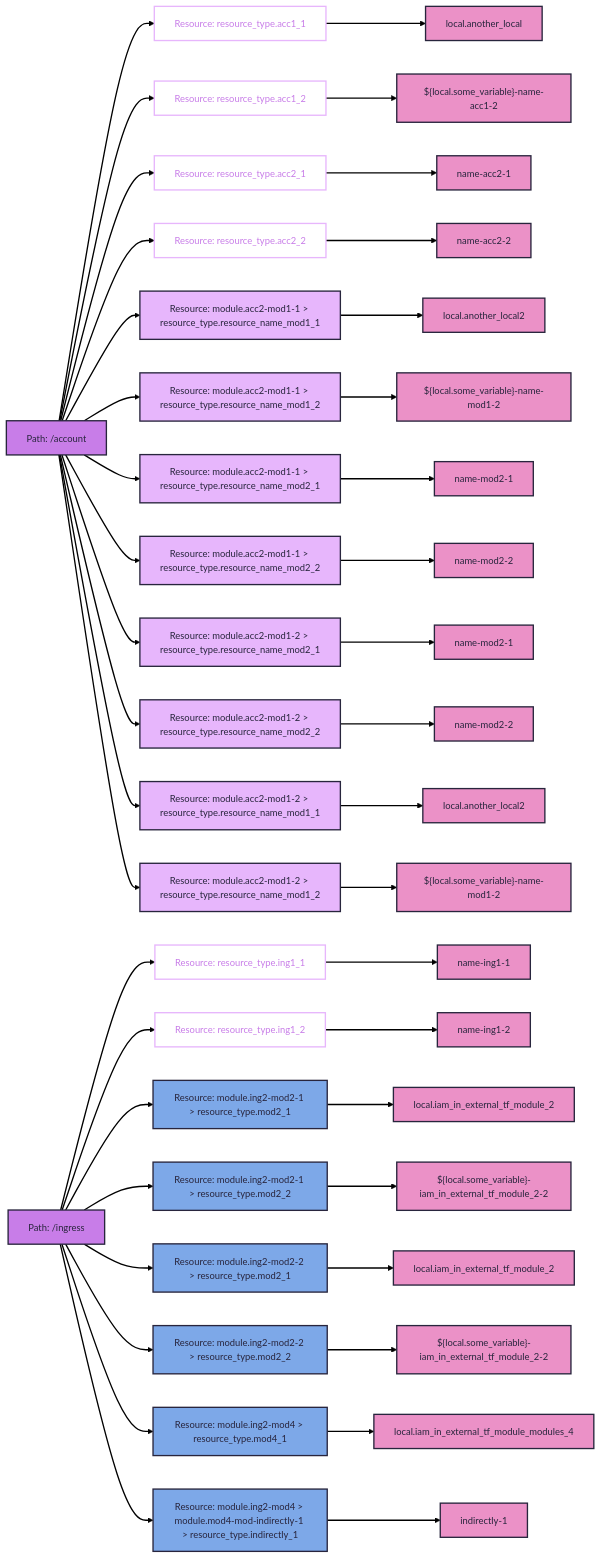
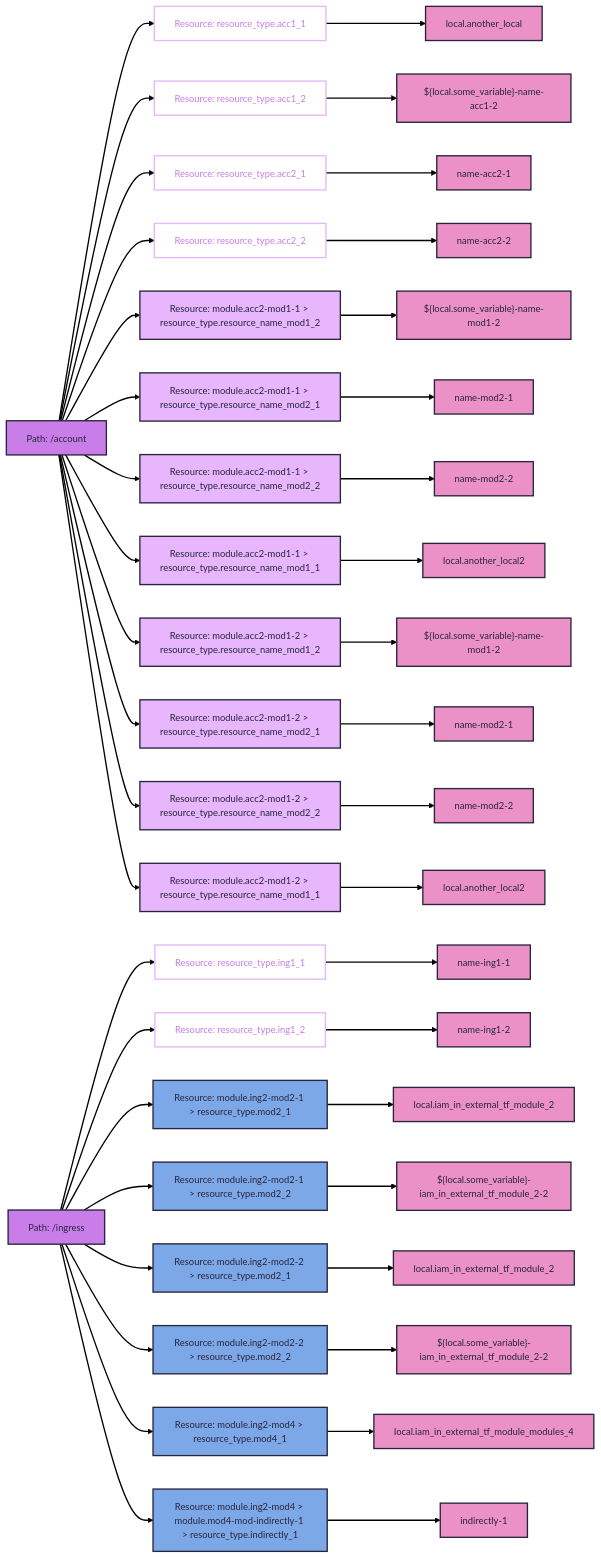
One commit to keenbytes/tfsketch changed the diagram in output.mmd. Above: the diagram before and after it, drawn with Mermaid. The commit also changed 1 other file, not shown here.

Commit message:
Add parent ID to the module resource name id element

```diff
--- a/output.mmd
+++ b/output.mmd
@@ -1,30 +1,30 @@
 ---
 config:
   theme: redux
 ---
 flowchart LR
   classDef tf-path fill:#c87de8
   classDef tf-resource-name stroke:#e7b6fc,color:#c87de8
   classDef tf-resource-name-int-mod fill:#e7b6fc
   classDef tf-resource-name-ext-mod fill:#7da8e8
   classDef tf-resource-field-name fill:#eb91c7
   account["Path: /account"]:::tf-path --> account___acc11["Resource: resource_type.acc1_1"]:::tf-resource-name --> account___acc11___FieldName["local.another_local"]:::tf-resource-field-name
   account["Path: /account"]:::tf-path --> account___acc12["Resource: resource_type.acc1_2"]:::tf-resource-name --> account___acc12___FieldName["${local.some_variable}-name-acc1-2"]:::tf-resource-field-name
   account["Path: /account"]:::tf-path --> account___acc21["Resource: resource_type.acc2_1"]:::tf-resource-name --> account___acc21___FieldName["name-acc2-1"]:::tf-resource-field-name
   account["Path: /account"]:::tf-path --> account___acc22["Resource: resource_type.acc2_2"]:::tf-resource-name --> account___acc22___FieldName["name-acc2-2"]:::tf-resource-field-name
-  account["Path: /account"]:::tf-path --> account___mod___accountmodulesmodule1___acc2mod11___resourcenamemod11["Resource: module.acc2-mod1-1 > resource_type.resource_name_mod1_1"]:::tf-resource-name-int-mod --> account___mod___accountmodulesmodule1___acc2mod11___resourcenamemod11___FieldName["local.another_local2"]:::tf-resource-field-name
   account["Path: /account"]:::tf-path --> account___mod___accountmodulesmodule1___acc2mod11___resourcenamemod12["Resource: module.acc2-mod1-1 > resource_type.resource_name_mod1_2"]:::tf-resource-name-int-mod --> account___mod___accountmodulesmodule1___acc2mod11___resourcenamemod12___FieldName["${local.some_variable}-name-mod1-2"]:::tf-resource-field-name
   account["Path: /account"]:::tf-path --> account___mod___accountmodulesmodule1___acc2mod11___resourcenamemod21["Resource: module.acc2-mod1-1 > resource_type.resource_name_mod2_1"]:::tf-resource-name-int-mod --> account___mod___accountmodulesmodule1___acc2mod11___resourcenamemod21___FieldName["name-mod2-1"]:::tf-resource-field-name
   account["Path: /account"]:::tf-path --> account___mod___accountmodulesmodule1___acc2mod11___resourcenamemod22["Resource: module.acc2-mod1-1 > resource_type.resource_name_mod2_2"]:::tf-resource-name-int-mod --> account___mod___accountmodulesmodule1___acc2mod11___resourcenamemod22___FieldName["name-mod2-2"]:::tf-resource-field-name
+  account["Path: /account"]:::tf-path --> account___mod___accountmodulesmodule1___acc2mod11___resourcenamemod11["Resource: module.acc2-mod1-1 > resource_type.resource_name_mod1_1"]:::tf-resource-name-int-mod --> account___mod___accountmodulesmodule1___acc2mod11___resourcenamemod11___FieldName["local.another_local2"]:::tf-resource-field-name
+  account["Path: /account"]:::tf-path --> account___mod___accountmodulesmodule1___acc2mod12___resourcenamemod12["Resource: module.acc2-mod1-2 > resource_type.resource_name_mod1_2"]:::tf-resource-name-int-mod --> account___mod___accountmodulesmodule1___acc2mod12___resourcenamemod12___FieldName["${local.some_variable}-name-mod1-2"]:::tf-resource-field-name
   account["Path: /account"]:::tf-path --> account___mod___accountmodulesmodule1___acc2mod12___resourcenamemod21["Resource: module.acc2-mod1-2 > resource_type.resource_name_mod2_1"]:::tf-resource-name-int-mod --> account___mod___accountmodulesmodule1___acc2mod12___resourcenamemod21___FieldName["name-mod2-1"]:::tf-resource-field-name
   account["Path: /account"]:::tf-path --> account___mod___accountmodulesmodule1___acc2mod12___resourcenamemod22["Resource: module.acc2-mod1-2 > resource_type.resource_name_mod2_2"]:::tf-resource-name-int-mod --> account___mod___accountmodulesmodule1___acc2mod12___resourcenamemod22___FieldName["name-mod2-2"]:::tf-resource-field-name
   account["Path: /account"]:::tf-path --> account___mod___accountmodulesmodule1___acc2mod12___resourcenamemod11["Resource: module.acc2-mod1-2 > resource_type.resource_name_mod1_1"]:::tf-resource-name-int-mod --> account___mod___accountmodulesmodule1___acc2mod12___resourcenamemod11___FieldName["local.another_local2"]:::tf-resource-field-name
-  account["Path: /account"]:::tf-path --> account___mod___accountmodulesmodule1___acc2mod12___resourcenamemod12["Resource: module.acc2-mod1-2 > resource_type.resource_name_mod1_2"]:::tf-resource-name-int-mod --> account___mod___accountmodulesmodule1___acc2mod12___resourcenamemod12___FieldName["${local.some_variable}-name-mod1-2"]:::tf-resource-field-name
   ingress["Path: /ingress"]:::tf-path --> ingress___ing11["Resource: resource_type.ing1_1"]:::tf-resource-name --> ingress___ing11___FieldName["name-ing1-1"]:::tf-resource-field-name
   ingress["Path: /ingress"]:::tf-path --> ingress___ing12["Resource: resource_type.ing1_2"]:::tf-resource-name --> ingress___ing12___FieldName["name-ing1-2"]:::tf-resource-field-name
   ingress["Path: /ingress"]:::tf-path --> ingress___mod___root___ing2mod21___mod21["Resource: module.ing2-mod2-1 > resource_type.mod2_1"]:::tf-resource-name-ext-mod --> ingress___mod___root___ing2mod21___mod21___FieldName["local.iam_in_external_tf_module_2"]:::tf-resource-field-name
   ingress["Path: /ingress"]:::tf-path --> ingress___mod___root___ing2mod21___mod22["Resource: module.ing2-mod2-1 > resource_type.mod2_2"]:::tf-resource-name-ext-mod --> ingress___mod___root___ing2mod21___mod22___FieldName["${local.some_variable}-iam_in_external_tf_module_2-2"]:::tf-resource-field-name
   ingress["Path: /ingress"]:::tf-path --> ingress___mod___root___ing2mod22___mod21["Resource: module.ing2-mod2-2 > resource_type.mod2_1"]:::tf-resource-name-ext-mod --> ingress___mod___root___ing2mod22___mod21___FieldName["local.iam_in_external_tf_module_2"]:::tf-resource-field-name
   ingress["Path: /ingress"]:::tf-path --> ingress___mod___root___ing2mod22___mod22["Resource: module.ing2-mod2-2 > resource_type.mod2_2"]:::tf-resource-name-ext-mod --> ingress___mod___root___ing2mod22___mod22___FieldName["${local.some_variable}-iam_in_external_tf_module_2-2"]:::tf-resource-field-name
   ingress["Path: /ingress"]:::tf-path --> ingress___mod___root___ing2mod4___mod41["Resource: module.ing2-mod4 > resource_type.mod4_1"]:::tf-resource-name-ext-mod --> ingress___mod___root___ing2mod4___mod41___FieldName["local.iam_in_external_tf_module_modules_4"]:::tf-resource-field-name
-  ingress["Path: /ingress"]:::tf-path --> ingress___mod___root___mod4modindirectly1___indirectly1["Resource: module.ing2-mod4 > module.mod4-mod-indirectly-1 > resource_type.indirectly_1"]:::tf-resource-name-ext-mod --> ingress___mod___root___mod4modindirectly1___indirectly1___FieldName["indirectly-1"]:::tf-resource-field-name
+  ingress["Path: /ingress"]:::tf-path --> ingress___mod___root___ing2mod4___mod4modindirectly1___indirectly1["Resource: module.ing2-mod4 > module.mod4-mod-indirectly-1 > resource_type.indirectly_1"]:::tf-resource-name-ext-mod --> ingress___mod___root___ing2mod4___mod4modindirectly1___indirectly1___FieldName["indirectly-1"]:::tf-resource-field-name
```
